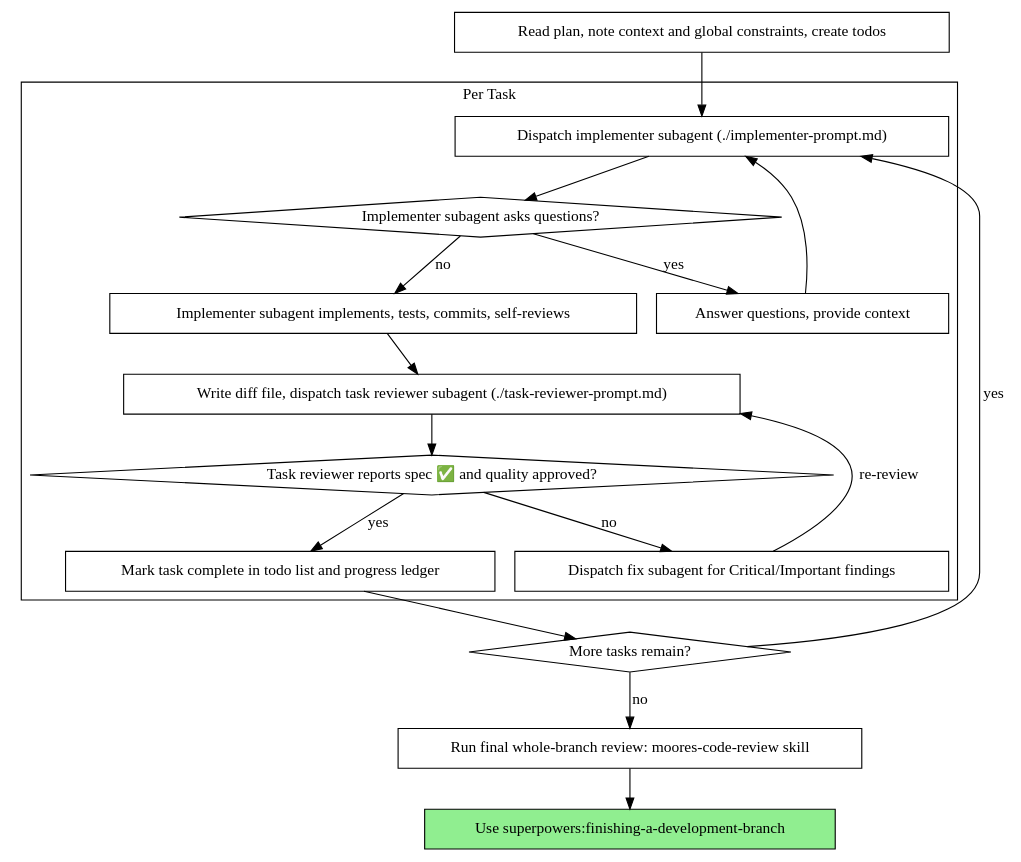
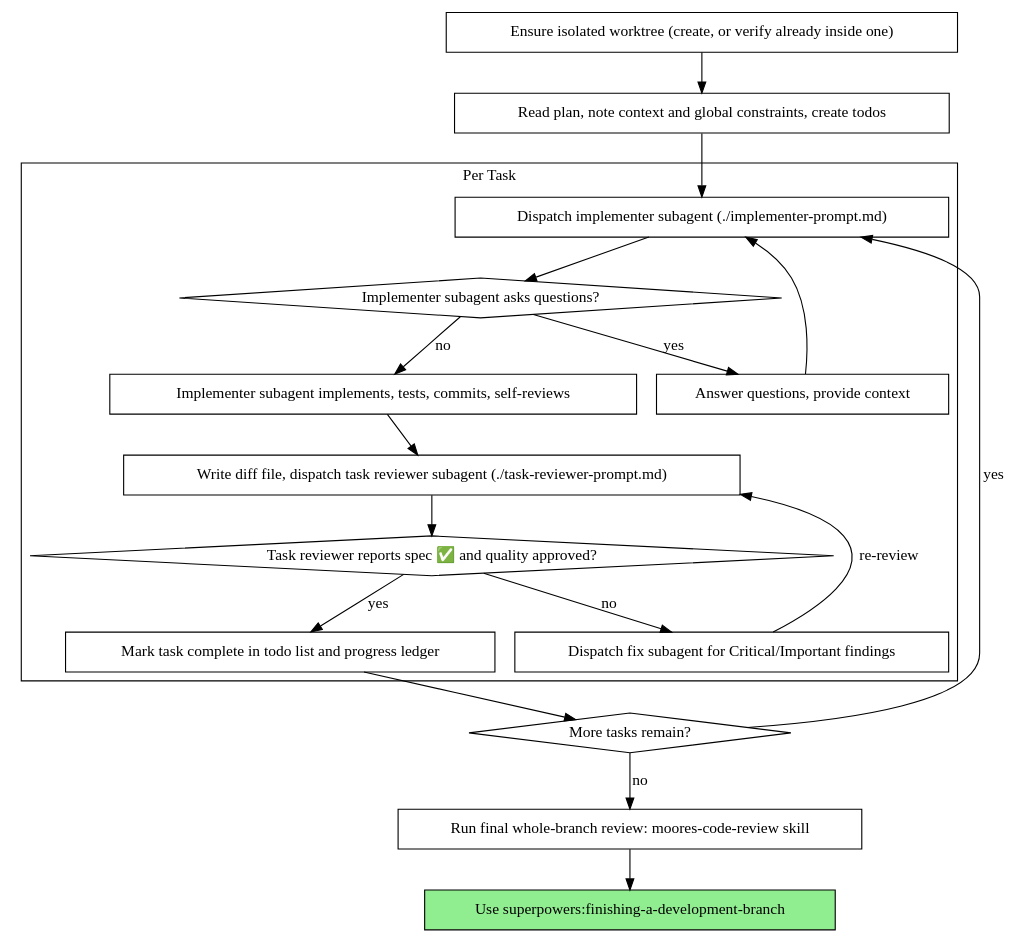
The second of 2 diagrams in .agents/skills/subagent-driven-development/SKILL.md (moorestech/moorestech), drawn with Graphviz before and after one commit. The commit also changed other lines of this file and 2 other files, not shown here.

````diff
--- a/.agents/skills/subagent-driven-development/SKILL.md
+++ b/.agents/skills/subagent-driven-development/SKILL.md
@@ -46,37 +84,39 @@
 ```dot
 digraph process {
     rankdir=TB;
 
     subgraph cluster_per_task {
         label="Per Task";
         "Dispatch implementer subagent (./implementer-prompt.md)" [shape=box];
         "Implementer subagent asks questions?" [shape=diamond];
         "Answer questions, provide context" [shape=box];
         "Implementer subagent implements, tests, commits, self-reviews" [shape=box];
         "Write diff file, dispatch task reviewer subagent (./task-reviewer-prompt.md)" [shape=box];
         "Task reviewer reports spec ✅ and quality approved?" [shape=diamond];
         "Dispatch fix subagent for Critical/Important findings" [shape=box];
         "Mark task complete in todo list and progress ledger" [shape=box];
     }
 
+    "Ensure isolated worktree (create, or verify already inside one)" [shape=box];
     "Read plan, note context and global constraints, create todos" [shape=box];
     "More tasks remain?" [shape=diamond];
     "Run final whole-branch review: moores-code-review skill" [shape=box];
     "Use superpowers:finishing-a-development-branch" [shape=box style=filled fillcolor=lightgreen];
 
+    "Ensure isolated worktree (create, or verify already inside one)" -> "Read plan, note context and global constraints, create todos";
     "Read plan, note context and global constraints, create todos" -> "Dispatch implementer subagent (./implementer-prompt.md)";
     "Dispatch implementer subagent (./implementer-prompt.md)" -> "Implementer subagent asks questions?";
     "Implementer subagent asks questions?" -> "Answer questions, provide context" [label="yes"];
     "Answer questions, provide context" -> "Dispatch implementer subagent (./implementer-prompt.md)";
     "Implementer subagent asks questions?" -> "Implementer subagent implements, tests, commits, self-reviews" [label="no"];
     "Implementer subagent implements, tests, commits, self-reviews" -> "Write diff file, dispatch task reviewer subagent (./task-reviewer-prompt.md)";
     "Write diff file, dispatch task reviewer subagent (./task-reviewer-prompt.md)" -> "Task reviewer reports spec ✅ and quality approved?";
     "Task reviewer reports spec ✅ and quality approved?" -> "Dispatch fix subagent for Critical/Important findings" [label="no"];
     "Dispatch fix subagent for Critical/Important findings" -> "Write diff file, dispatch task reviewer subagent (./task-reviewer-prompt.md)" [label="re-review"];
     "Task reviewer reports spec ✅ and quality approved?" -> "Mark task complete in todo list and progress ledger" [label="yes"];
     "Mark task complete in todo list and progress ledger" -> "More tasks remain?";
     "More tasks remain?" -> "Dispatch implementer subagent (./implementer-prompt.md)" [label="yes"];
     "More tasks remain?" -> "Run final whole-branch review: moores-code-review skill" [label="no"];
     "Run final whole-branch review: moores-code-review skill" -> "Use superpowers:finishing-a-development-branch";
 }
 ```
````
